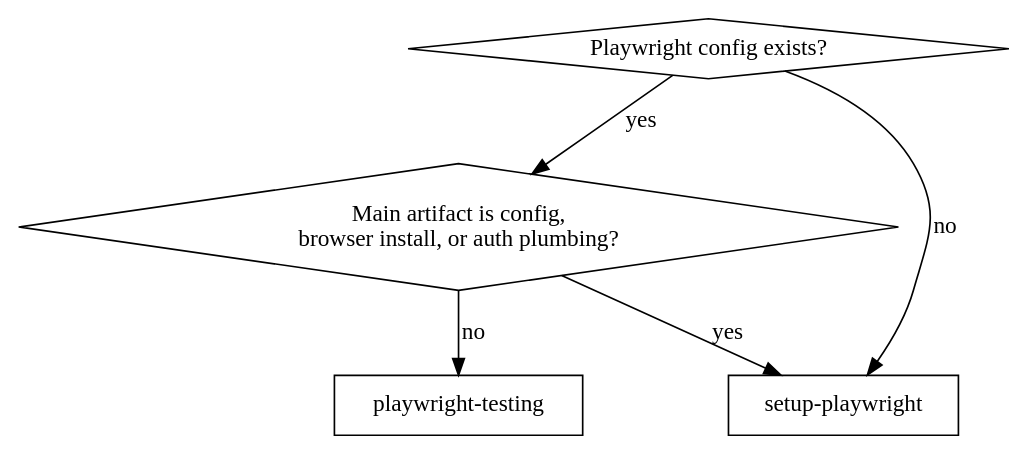
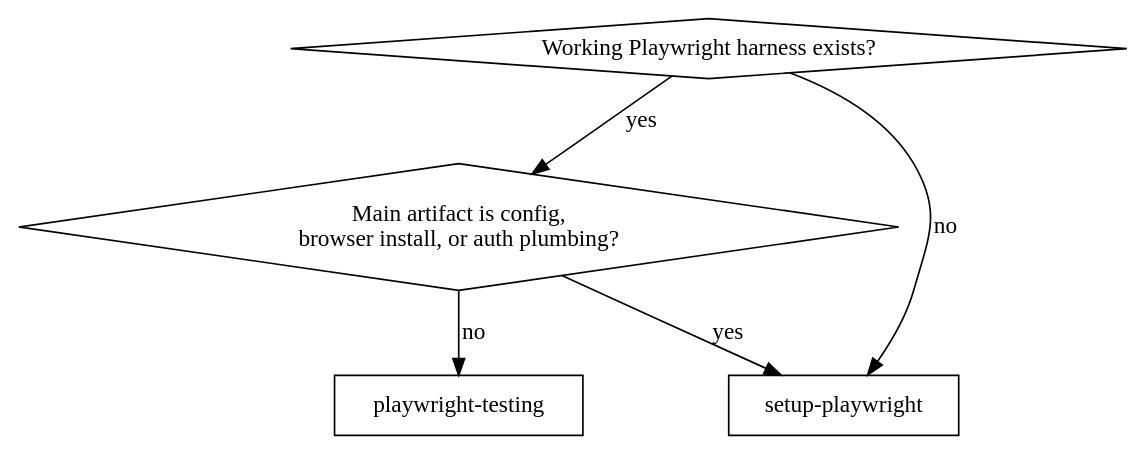
One commit to n-n-code/n-n-code-skills changed the diagram in .agents/skills/playwright-testing/SKILL.md. Above: the diagram before and after it, drawn with Graphviz. The commit also changed other lines of this file and 41 other files, not shown here.

````diff
--- a/.agents/skills/playwright-testing/SKILL.md
+++ b/.agents/skills/playwright-testing/SKILL.md
@@ -38,13 +41,13 @@
 ```dot
 digraph route {
-    "Playwright config exists?" [shape=diamond];
+    "Working Playwright harness exists?" [shape=diamond];
     "Main artifact is config,\nbrowser install, or auth plumbing?" [shape=diamond];
     "setup-playwright" [shape=box];
     "playwright-testing" [shape=box];
 
-    "Playwright config exists?" -> "setup-playwright" [label="no"];
-    "Playwright config exists?" -> "Main artifact is config,\nbrowser install, or auth plumbing?" [label="yes"];
+    "Working Playwright harness exists?" -> "setup-playwright" [label="no"];
+    "Working Playwright harness exists?" -> "Main artifact is config,\nbrowser install, or auth plumbing?" [label="yes"];
     "Main artifact is config,\nbrowser install, or auth plumbing?" -> "setup-playwright" [label="yes"];
     "Main artifact is config,\nbrowser install, or auth plumbing?" -> "playwright-testing" [label="no"];
 }
 ```
````
